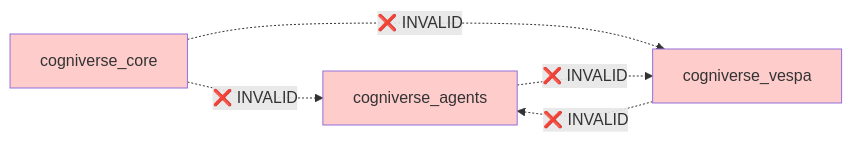
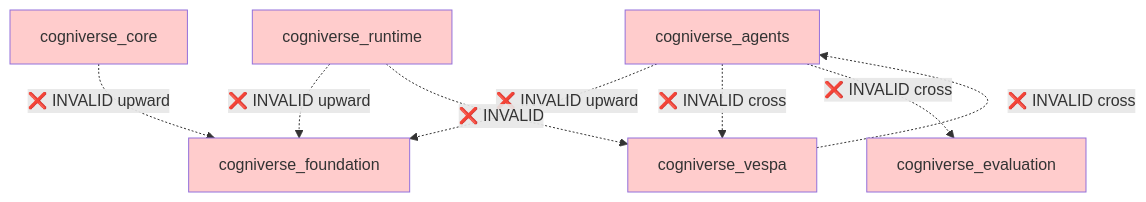
Diagram 13 of 17 in docs/diagrams/sdk-architecture-diagrams.md (amit-jain/cogniverse), drawn with Mermaid before and after one commit. The commit also changed other lines of this file and 49 other files, not shown here.

First line of the commit message:
Update all documentation to reflect 10-package architecture

````diff
--- a/docs/diagrams/sdk-architecture-diagrams.md
+++ b/docs/diagrams/sdk-architecture-diagrams.md
@@ -481,15 +672,29 @@
 ```mermaid
-graph LR
+graph TB
+    Foundation[cogniverse_foundation]
     Core[cogniverse_core]
+    Evaluation[cogniverse_evaluation]
     Agents[cogniverse_agents]
     Vespa[cogniverse_vespa]
+    Runtime[cogniverse_runtime]
 
-    Core -.->|❌ INVALID| Agents
-    Core -.->|❌ INVALID| Vespa
-    Agents -.->|❌ INVALID| Vespa
-    Vespa -.->|❌ INVALID| Agents
+    %% Invalid upward dependencies
+    Core -.->|❌ INVALID upward| Foundation
+    Agents -.->|❌ INVALID upward| Foundation
+    Runtime -.->|❌ INVALID upward| Foundation
 
+    %% Invalid cross-layer dependencies
+    Agents -.->|❌ INVALID cross| Vespa
+    Vespa -.->|❌ INVALID cross| Agents
+    Agents -.->|❌ INVALID cross| Evaluation
+
+    %% Invalid application to implementation
+    Runtime -.->|❌ INVALID| Vespa
+
+    style Foundation fill:#ffcccc
     style Core fill:#ffcccc
+    style Evaluation fill:#ffcccc
     style Agents fill:#ffcccc
     style Vespa fill:#ffcccc
+    style Runtime fill:#ffcccc
 ```
````
